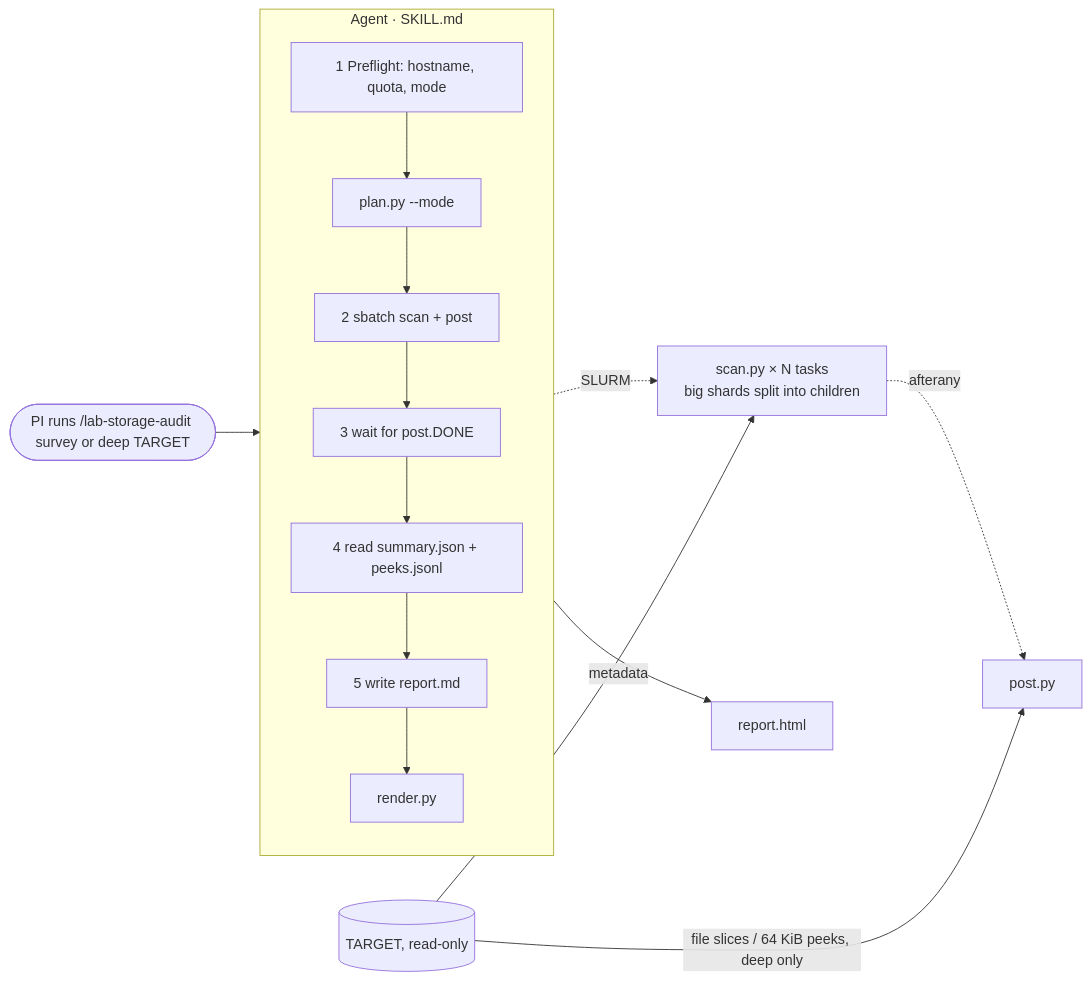
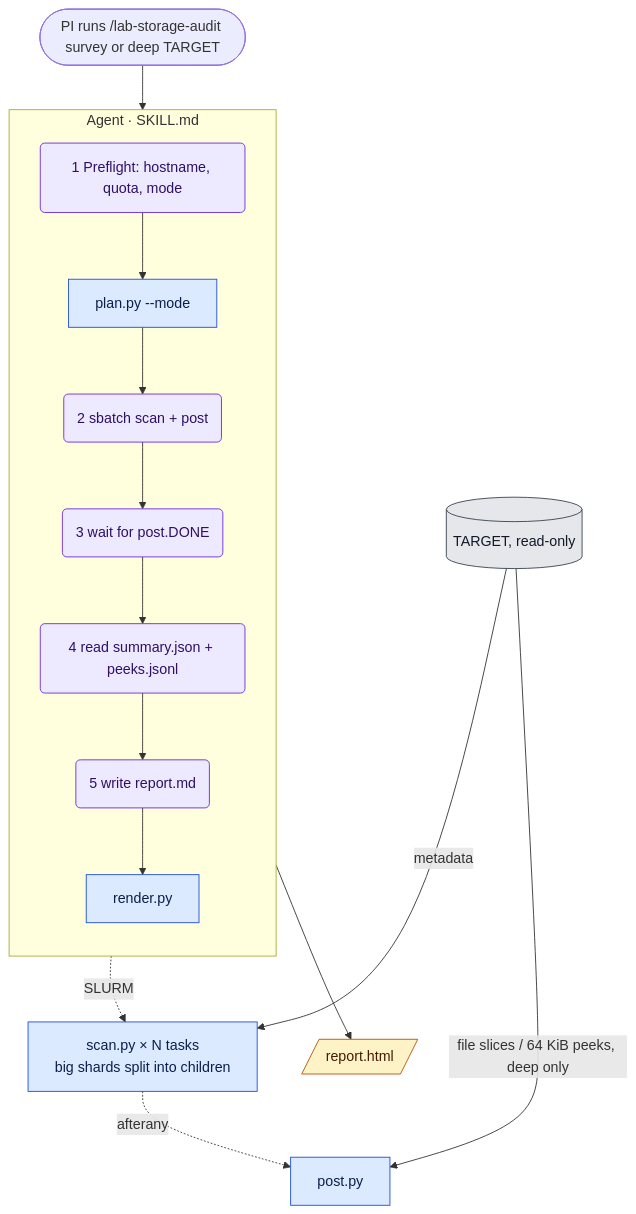
The first of 2 diagrams in docs/spec.md (harvardinformatics/data-concierge-file-audit), drawn with Mermaid before and after one commit. The commit also changed other lines of this file, not shown here.

First line of the commit message:
spec: vertical, titled, colour-coded diagrams; bring render.py row up to date

````diff
--- a/docs/spec.md
+++ b/docs/spec.md
@@ -56,15 +62,23 @@
 ```mermaid
-flowchart LR
+flowchart TB
   PI([PI runs /lab-storage-audit survey or deep TARGET]) --> AG
   subgraph AG[Agent · SKILL.md]
     direction TB
-    a1[1 Preflight: hostname, quota, mode] --> a2[plan.py --mode]
-    a2 --> a3[2 sbatch scan + post] --> a4[3 wait for post.DONE]
-    a4 --> a5[4 read summary.json + peeks.jsonl] --> a6[5 write report.md] --> a7[render.py]
+    a1(1 Preflight: hostname, quota, mode) --> a2[plan.py --mode]
+    a2 --> a3(2 sbatch scan + post) --> a4(3 wait for post.DONE)
+    a4 --> a5(4 read summary.json + peeks.jsonl) --> a6(5 write report.md) --> a7[render.py]
   end
   a3 -. SLURM .-> SC[scan.py × N tasks<br/>big shards split into children]
   SC -. afterany .-> PO[post.py]
   T[(TARGET, read-only)] -->|metadata| SC
   T -->|file slices / 64 KiB peeks, deep only| PO
-  a7 --> H[report.html]
+  a7 --> H[/report.html/]
+  classDef script fill:#dbeafe,stroke:#1d4ed8,color:#0b1f4d
+  classDef output fill:#fef3c7,stroke:#b45309,color:#451a03
+  classDef agent fill:#ede9fe,stroke:#6d28d9,color:#2e1065
+  classDef target fill:#e5e7eb,stroke:#374151,color:#111827
+  class a2,a7,SC,PO script
+  class H output
+  class a1,a3,a4,a5,a6 agent
+  class T target
 ```
````
